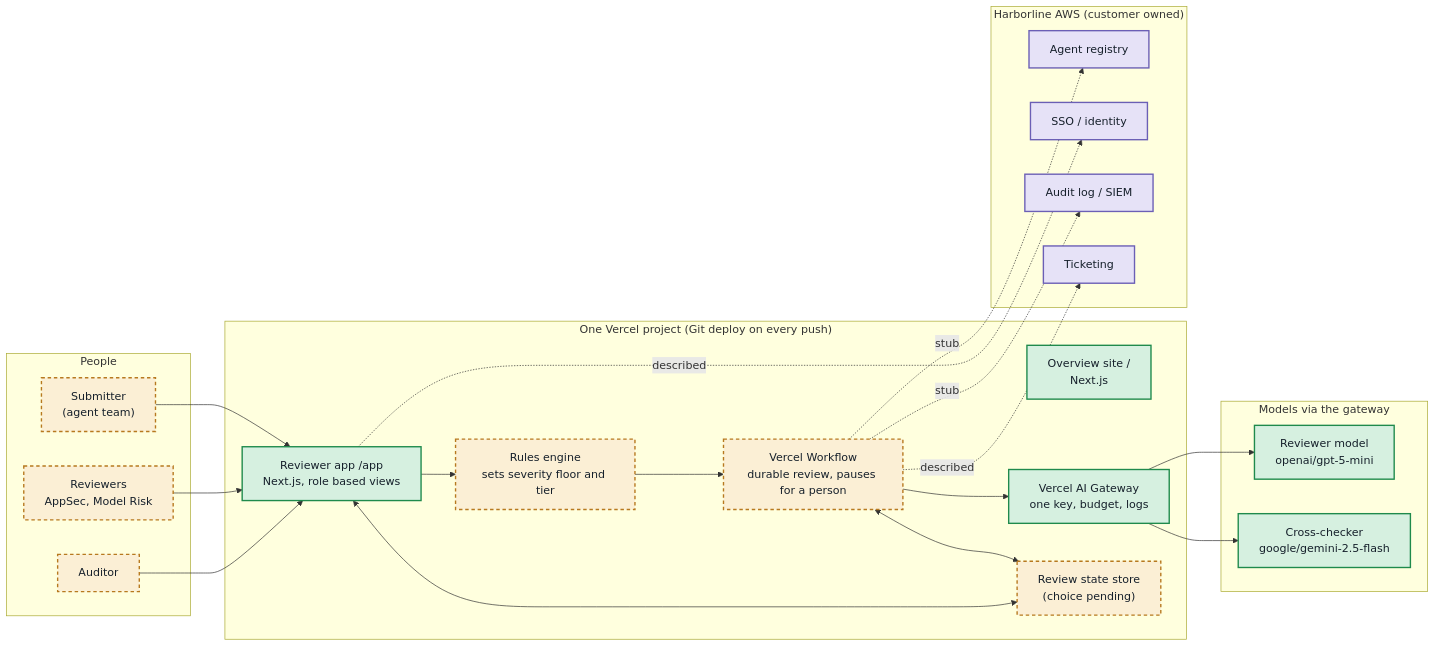
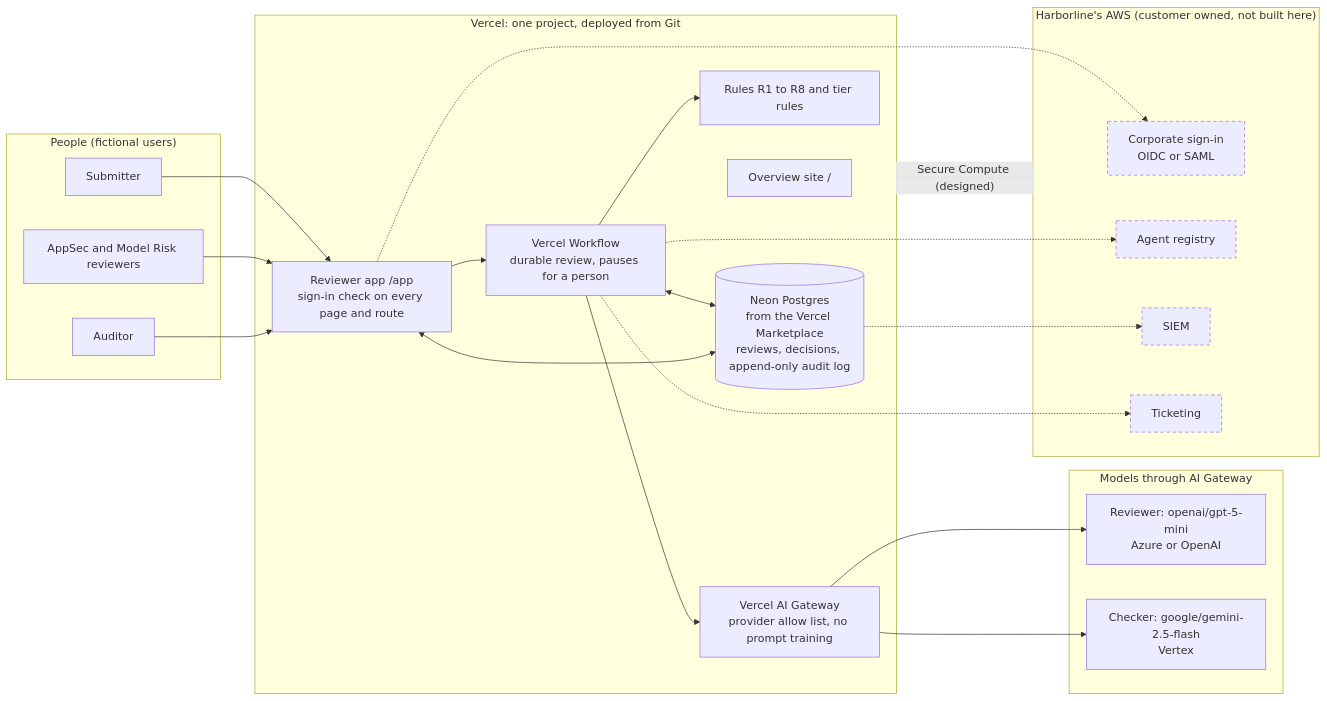
One commit to soum8819/ai-agent-security-posture-review changed the diagram in README.md. Above: the diagram before and after it, drawn with Mermaid. The commit also changed other lines of this file and 5 other files, not shown here.

````diff
--- a/README.md
+++ b/README.md
@@ -69,45 +39,43 @@
 ```mermaid
 flowchart LR
-  subgraph People["People"]
-    SUB["Submitter<br/>(agent team)"]
-    REV["Reviewers<br/>AppSec, Model Risk"]
+  subgraph People["People (fictional users)"]
+    SUB["Submitter"]
+    REV["AppSec and Model Risk reviewers"]
     AUD["Auditor"]
   end
-  subgraph VERCEL["One Vercel project (Git deploy on every push)"]
-    SITE["Overview site /<br/>Next.js"]
-    APP["Reviewer app /app<br/>Next.js, role based views"]
-    RULES["Rules engine<br/>sets severity floor and tier"]
+  subgraph VERCEL["Vercel: one project, deployed from Git"]
+    SITE["Overview site /"]
+    APP["Reviewer app /app<br/>sign-in check on every page and route"]
     WF["Vercel Workflow<br/>durable review, pauses for a person"]
-    GW["Vercel AI Gateway<br/>one key, budget, logs"]
-    STORE["Review state store<br/>(choice pending)"]
+    RULES["Rules R1 to R8 and tier rules"]
+    GW["Vercel AI Gateway<br/>provider allow list, no prompt training"]
+    DB[("Neon Postgres<br/>from the Vercel Marketplace<br/>reviews, decisions, append-only audit log")]
   end
-  subgraph MODELS["Models via the gateway"]
-    M1["Reviewer model<br/>openai/gpt-5-mini"]
-    M2["Cross-checker<br/>google/gemini-2.5-flash"]
+  subgraph MODELS["Models through AI Gateway"]
+    M1["Reviewer: openai/gpt-5-mini<br/>Azure or OpenAI"]
+    M2["Checker: google/gemini-2.5-flash<br/>Vertex"]
   end
-  subgraph AWS["Harborline AWS (customer owned)"]
+  subgraph AWS["Harborline's AWS (customer owned, not built here)"]
+    SSO["Corporate sign-in<br/>OIDC or SAML"]
     REG["Agent registry"]
-    SSO["SSO / identity"]
-    SIEM["Audit log / SIEM"]
+    SIEM["SIEM"]
     TKT["Ticketing"]
   end
   SUB --> APP
   REV --> APP
   AUD --> APP
-  APP --> RULES --> WF
+  APP --> WF
+  WF --> RULES
   WF --> GW
   GW --> M1
   GW --> M2
-  WF <--> STORE
-  APP <--> STORE
-  WF -.stub.-> REG
-  WF -.stub.-> SIEM
-  WF -.described.-> TKT
-  APP -.described.-> SSO
-  classDef built fill:#d6f0e0,stroke:#1f8a4c,color:#16202b,stroke-width:2px;
-  classDef planned fill:#fbefd5,stroke:#b7791f,color:#16202b,stroke-width:2px,stroke-dasharray:5 4;
-  classDef host fill:#e6e2f7,stroke:#6b5fb5,color:#16202b,stroke-width:2px;
-  class SITE,APP,GW,M1,M2 built;
-  class RULES,WF,STORE,SUB,REV,AUD planned;
-  class REG,SSO,SIEM,TKT host;
+  WF <--> DB
+  APP <--> DB
+  APP -.-> SSO
+  WF -.-> REG
+  DB -.-> SIEM
+  WF -.-> TKT
+  VERCEL -. "Secure Compute (designed)" .- AWS
+  classDef planned stroke-dasharray:5 4;
+  class SSO,REG,SIEM,TKT planned;
 ```
````
